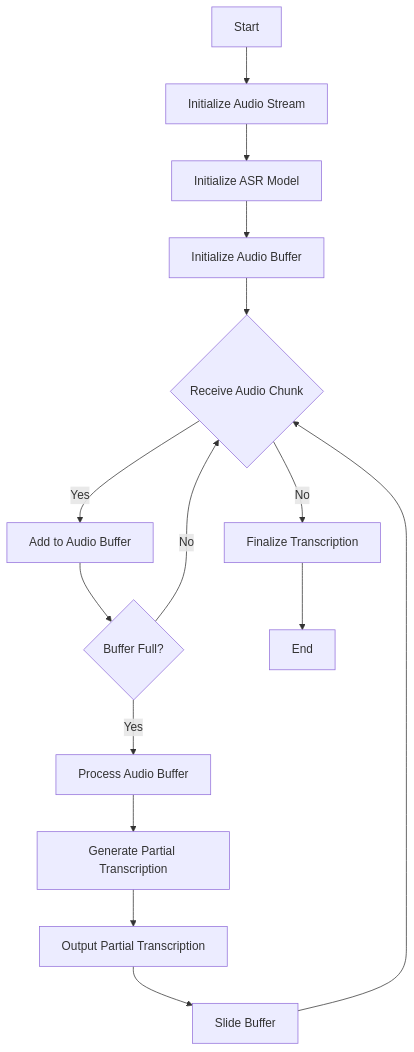
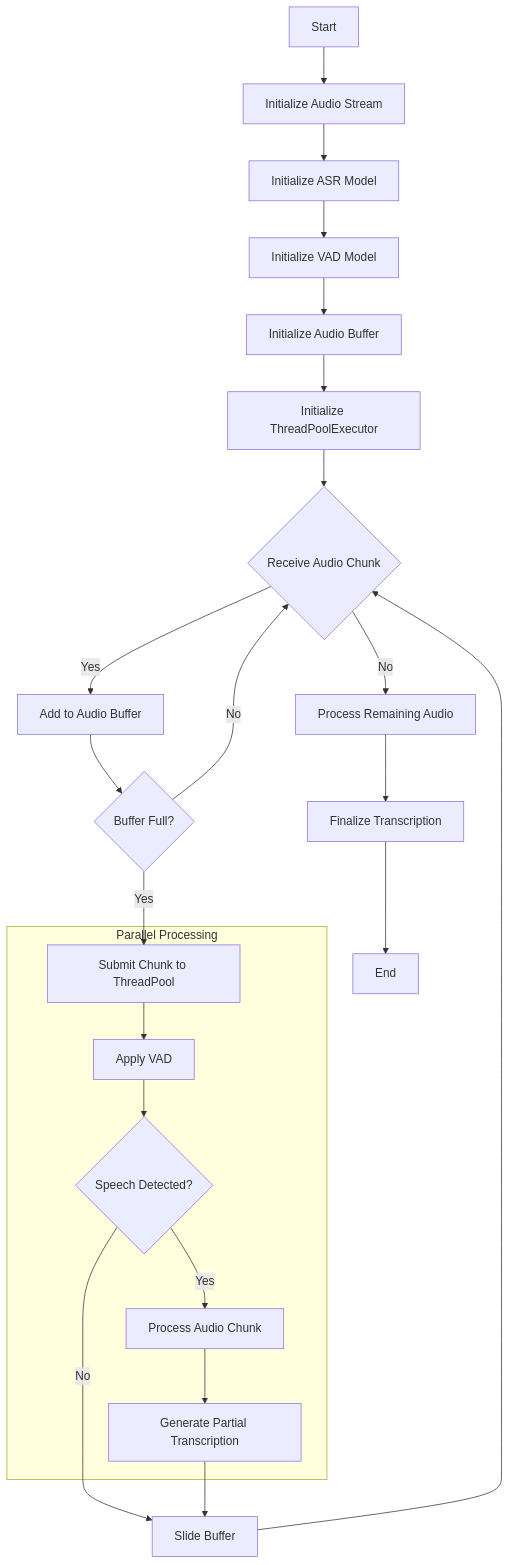
One commit to sandy1990418/ChineseTaiwaneseWhisper changed the second of 2 diagrams in README.md. Above: the diagram before and after it, drawn with Mermaid. The commit also changed other lines of this file, not shown here.

Commit message:
DOC: Update the flow chart of streaming ASR

````diff
--- a/README.md
+++ b/README.md
@@ -220,17 +246,31 @@
 ```mermaid
 graph TD
     A[Start] --> B[Initialize Audio Stream]
     B --> C[Initialize ASR Model]
-    C --> D[Initialize Audio Buffer]
-    D --> E{Receive Audio Chunk}
-    E --> |Yes| F[Add to Audio Buffer]
-    F --> G{Buffer Full?}
-    G --> |No| E
-    G --> |Yes| H[Process Audio Buffer]
-    H --> I[Generate Partial Transcription]
-    I --> J[Output Partial Transcription]
-    J --> K[Slide Buffer]
-    K --> E
-    E --> |No| L[Finalize Transcription]
-    L --> M[End]
+    C --> D[Initialize VAD Model]
+    D --> E[Initialize Audio Buffer]
+    E --> F[Initialize ThreadPoolExecutor]
+    F --> G{Receive Audio Chunk}
+    G -->|Yes| H[Add to Audio Buffer]
+    H --> I{Buffer Full?}
+    I -->|No| G
+    I -->|Yes| J[Submit Chunk to ThreadPool]
+    J --> K[Apply VAD]
+    K --> L{Speech Detected?}
+    L -->|No| O[Slide Buffer]
+    L -->|Yes| M[Process Audio Chunk]
+    M --> N[Generate Partial Transcription]
+    N --> O
+    O --> G
+    G -->|No| P[Process Remaining Audio]
+    P --> Q[Finalize Transcription]
+    Q --> R[End]
+
+    subgraph "Parallel Processing"
+    J
+    K
+    L
+    M
+    N
+    end
 ```
````
